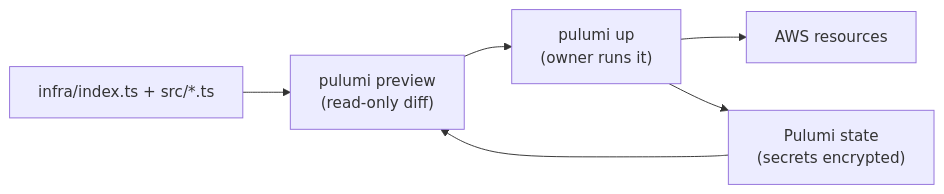
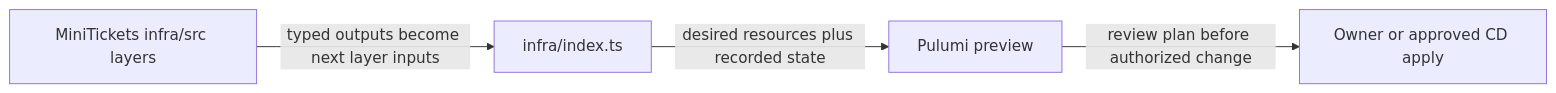
One commit to maheshnd/minitickets changed the diagram in docs/handbook/concepts/infrastructure-as-code.md. Above: the diagram before and after it, drawn with Mermaid. The commit also changed other lines of this file and 119 other files, not shown here.

````diff
--- a/docs/handbook/concepts/infrastructure-as-code.md
+++ b/docs/handbook/concepts/infrastructure-as-code.md
@@ -19,8 +18,6 @@
 ```mermaid
 flowchart LR
-    code["infra/index.ts + src/*.ts"] --> prev["pulumi preview<br/>(read-only diff)"]
-    prev --> up["pulumi up<br/>(owner runs it)"]
-    up --> aws["AWS resources"]
-    up --> state["Pulumi state<br/>(secrets encrypted)"]
-    state --> prev
+    files["MiniTickets infra/src layers"] -->|"typed outputs become next layer inputs"| index["infra/index.ts"]
+    index -->|"desired resources plus recorded state"| preview["Pulumi preview"]
+    preview -->|"review plan before authorized change"| apply["Owner or approved CD apply"]
 ```
````
